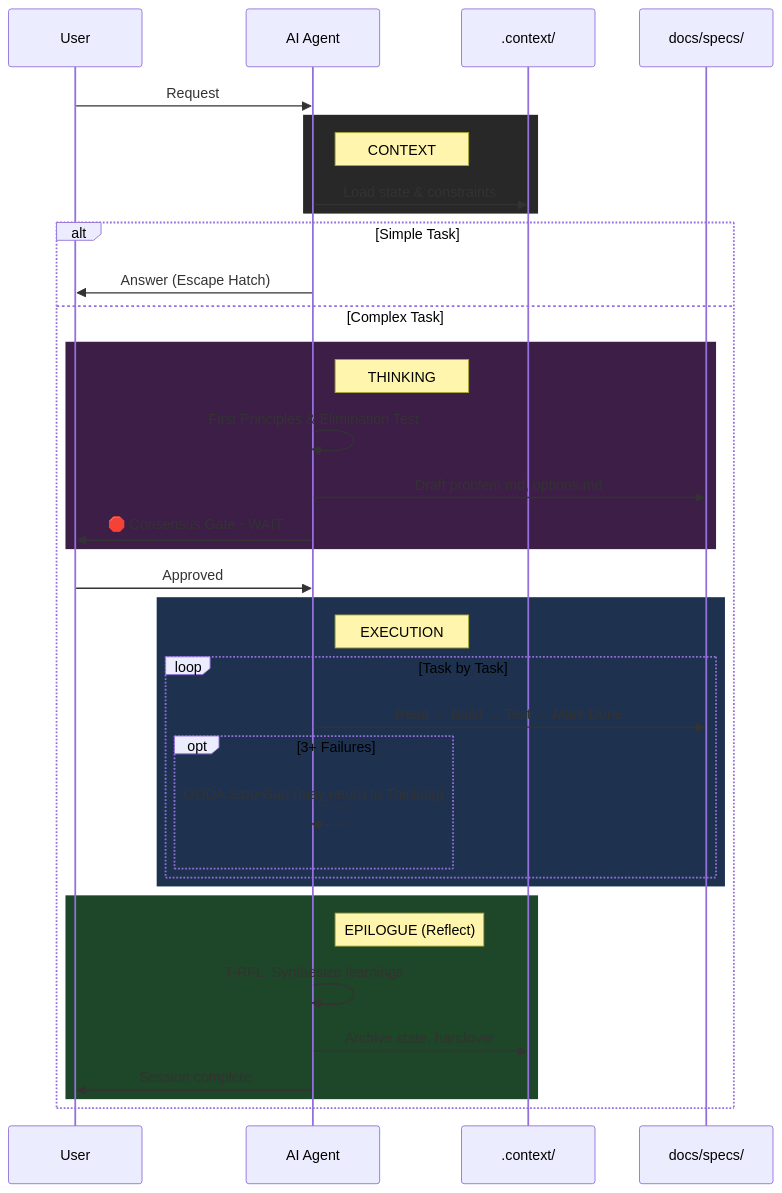
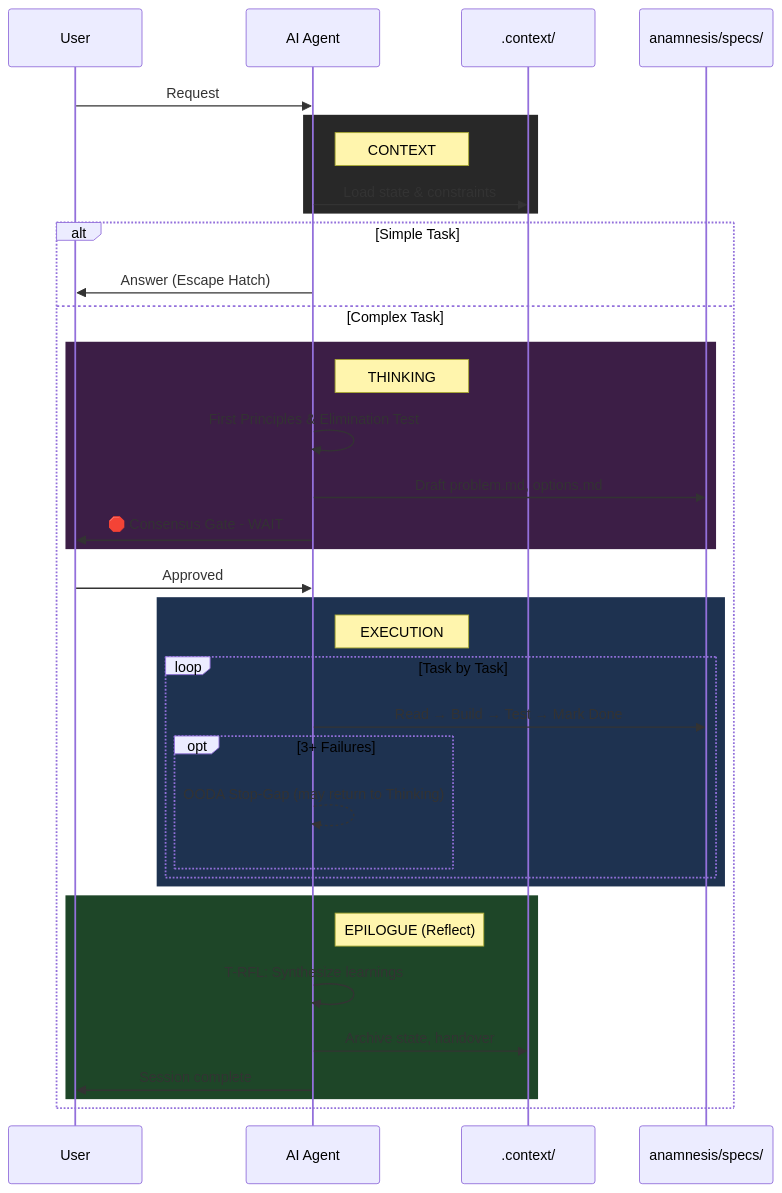
The diagram in README.md (Skeptomenos/Anamnesis), drawn with Mermaid before and after one commit. The commit also changed other lines of this file and 3 other files, not shown here.

````diff
--- a/README.md
+++ b/README.md
@@ -63,44 +68,44 @@
 ```mermaid
 sequenceDiagram
     participant User
     participant AI as AI Agent
     participant Context as .context/
-    participant Specs as docs/specs/
+    participant Specs as anamnesis/specs/
 
     User->>AI: Request
 
     rect rgb(40, 40, 40)
     Note right of AI: CONTEXT
     AI->>Context: Load state & constraints
     end
 
     alt Simple Task
         AI->>User: Answer (Escape Hatch)
     else Complex Task
         rect rgb(60, 30, 70)
         Note right of AI: THINKING
         AI->>AI: First Principles & Elimination Test
         AI->>Specs: Draft problem.md, options.md
         AI->>User: 🛑 Consensus Gate - WAIT
         end
         
         User->>AI: Approved
 
         rect rgb(30, 50, 80)
         Note right of AI: EXECUTION
         loop Task by Task
             AI->>Specs: Read → Build → Test → Mark Done
             opt 3+ Failures
                 AI-->>AI: OODA Stop-Gap (may return to Thinking)
             end
         end
         end
 
         rect rgb(30, 70, 40)
         Note right of AI: EPILOGUE (Reflect)
         AI->>AI: T-RFL: Synthesize learnings
         AI->>Context: Archive state, handover
         AI->>User: Session complete
         end
     end
 ```
````
